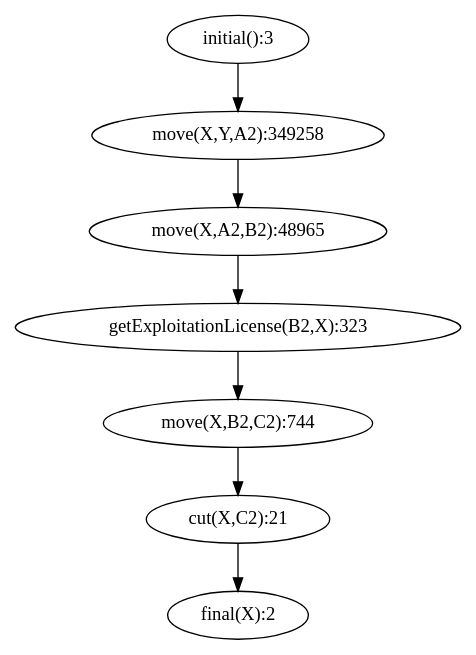
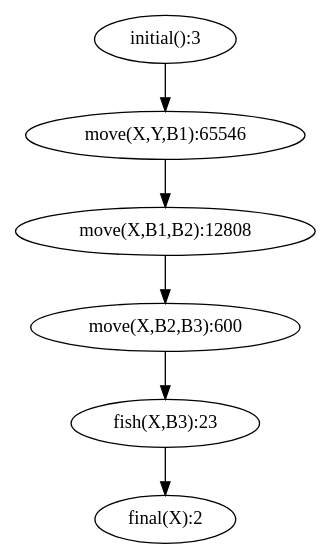
Before and after one commit to tokyramarozaka/mimosa-iriela-extension: the diagram in output/simplified.png.dot, drawn with Graphviz. The commit also changed 10 other files, not shown here.

```diff
--- a/output/simplified.png.dot
+++ b/output/simplified.png.dot
@@ -1,8 +1,7 @@
 digraph G { 
-  "initial():3" -> "move(X,Y,A2):349258";
-  "cut(X,C2):21" -> "final(X):2";
-  "getExploitationLicense(B2,X):323" -> "move(X,B2,C2):744";
-  "move(X,B2,C2):744" -> "cut(X,C2):21";
-  "move(X,A2,B2):48965" -> "getExploitationLicense(B2,X):323";
-  "move(X,Y,A2):349258" -> "move(X,A2,B2):48965";
+  "initial():3" -> "move(X,Y,B1):65546";
+  "fish(X,B3):23" -> "final(X):2";
+  "move(X,B2,B3):600" -> "fish(X,B3):23";
+  "move(X,B1,B2):12808" -> "move(X,B2,B3):600";
+  "move(X,Y,B1):65546" -> "move(X,B1,B2):12808";
 }
```
